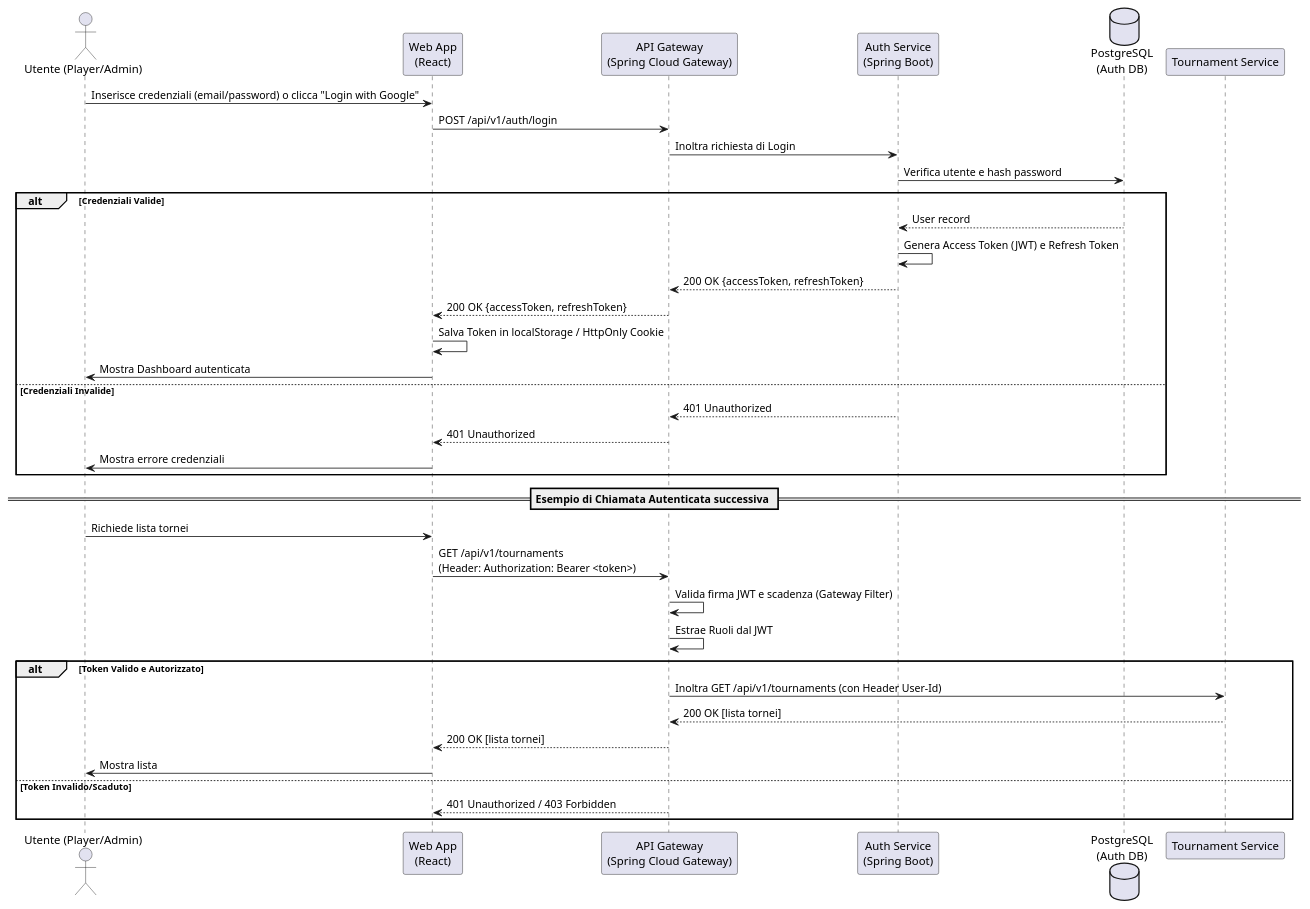
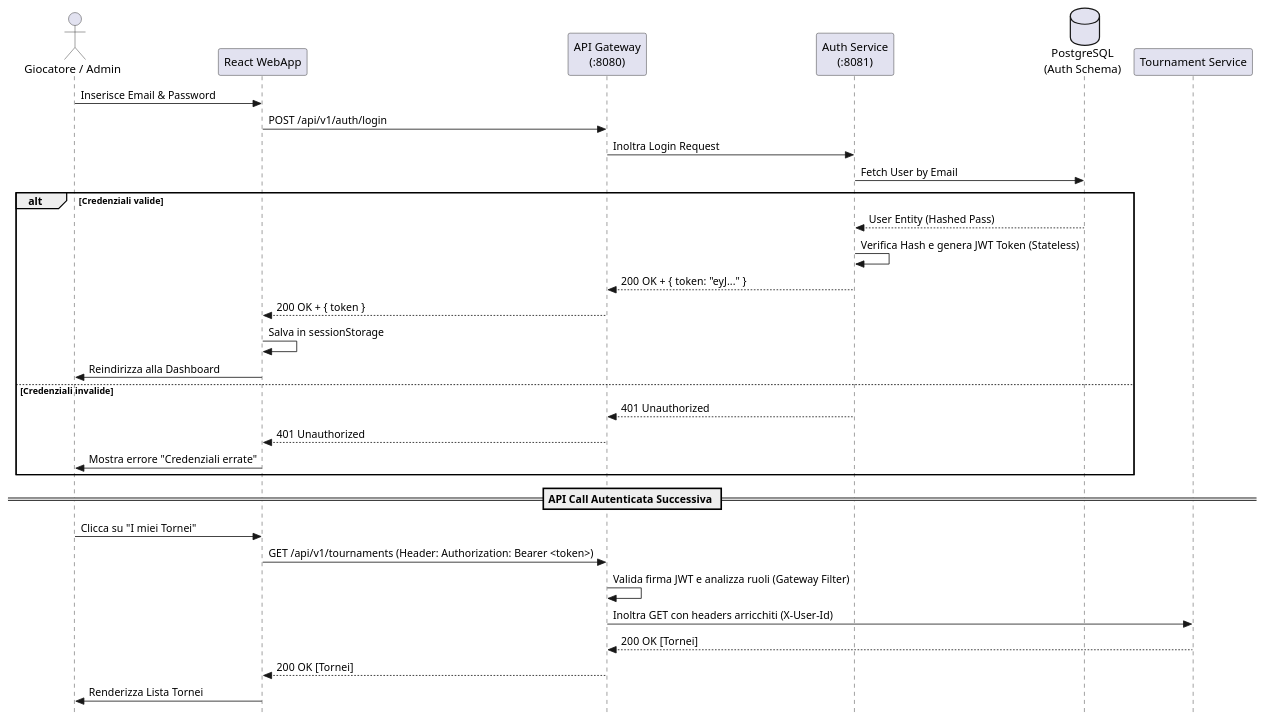
Before and after one commit to Stebs04/BitPub: the diagram in docs/uml/sequence-diagram-auth.puml, drawn with PlantUML. The commit also changed 31 other files, not shown here.

First line of the commit message:
Add unit test results for MqttBufferService and UML container diagram for team architecture

```diff
--- a/docs/uml/sequence-diagram-auth.puml
+++ b/docs/uml/sequence-diagram-auth.puml
@@ -1,39 +1,35 @@
 @startuml
-actor "Utente (Player/Admin)" as User
-participant "Web App\n(React)" as WebApp
-participant "API Gateway\n(Spring Cloud Gateway)" as Gateway
-participant "Auth Service\n(Spring Boot)" as Auth
-database "PostgreSQL\n(Auth DB)" as DB
+skinparam style strictuml
+actor "Giocatore / Admin" as User
+participant "React WebApp" as WebApp
+participant "API Gateway\n(:8080)" as Gateway
+participant "Auth Service\n(:8081)" as Auth
+database "PostgreSQL\n(Auth Schema)" as DB
 
-User -> WebApp: Inserisce credenziali (email/password) o clicca "Login with Google"
+User -> WebApp: Inserisce Email & Password
 WebApp -> Gateway: POST /api/v1/auth/login
-Gateway -> Auth: Inoltra richiesta di Login
+Gateway -> Auth: Inoltra Login Request
 
-Auth -> DB: Verifica utente e hash password
-alt Credenziali Valide
-    DB --> Auth: User record
-    Auth -> Auth: Genera Access Token (JWT) e Refresh Token
-    Auth --> Gateway: 200 OK {accessToken, refreshToken}
-    Gateway --> WebApp: 200 OK {accessToken, refreshToken}
-    WebApp -> WebApp: Salva Token in localStorage / HttpOnly Cookie
-    WebApp -> User: Mostra Dashboard autenticata
-else Credenziali Invalide
+Auth -> DB: Fetch User by Email
+alt Credenziali valide
+    DB --> Auth: User Entity (Hashed Pass)
+    Auth -> Auth: Verifica Hash e genera JWT Token (Stateless)
+    Auth --> Gateway: 200 OK + { token: "eyJ..." }
+    Gateway --> WebApp: 200 OK + { token }
+    WebApp -> WebApp: Salva in sessionStorage
+    WebApp -> User: Reindirizza alla Dashboard
+else Credenziali invalide
     Auth --> Gateway: 401 Unauthorized
     Gateway --> WebApp: 401 Unauthorized
-    WebApp -> User: Mostra errore credenziali
+    WebApp -> User: Mostra errore "Credenziali errate"
 end
 
-== Esempio di Chiamata Autenticata successiva ==
-User -> WebApp: Richiede lista tornei
-WebApp -> Gateway: GET /api/v1/tournaments\n(Header: Authorization: Bearer <token>)
-Gateway -> Gateway: Valida firma JWT e scadenza (Gateway Filter)
-Gateway -> Gateway: Estrae Ruoli dal JWT
-alt Token Valido e Autorizzato
-    Gateway -> "Tournament Service": Inoltra GET /api/v1/tournaments (con Header User-Id)
-    "Tournament Service" --> Gateway: 200 OK [lista tornei]
-    Gateway --> WebApp: 200 OK [lista tornei]
-    WebApp -> User: Mostra lista
-else Token Invalido/Scaduto
-    Gateway --> WebApp: 401 Unauthorized / 403 Forbidden
-end
+== API Call Autenticata Successiva ==
+User -> WebApp: Clicca su "I miei Tornei"
+WebApp -> Gateway: GET /api/v1/tournaments (Header: Authorization: Bearer <token>)
+Gateway -> Gateway: Valida firma JWT e analizza ruoli (Gateway Filter)
+Gateway -> "Tournament Service": Inoltra GET con headers arricchiti (X-User-Id)
+"Tournament Service" --> Gateway: 200 OK [Tornei]
+Gateway --> WebApp: 200 OK [Tornei]
+WebApp -> User: Renderizza Lista Tornei
 @enduml
```
